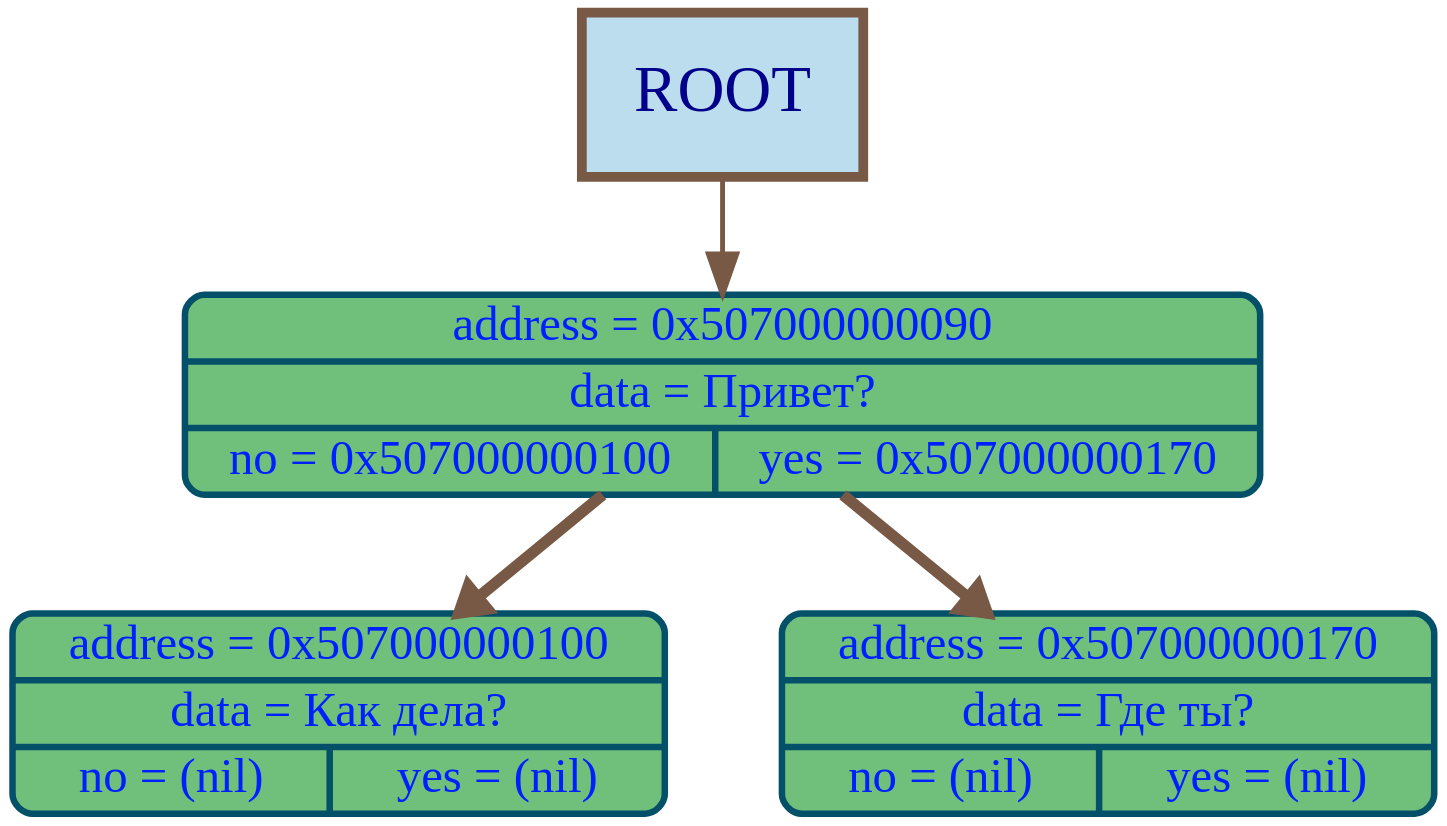
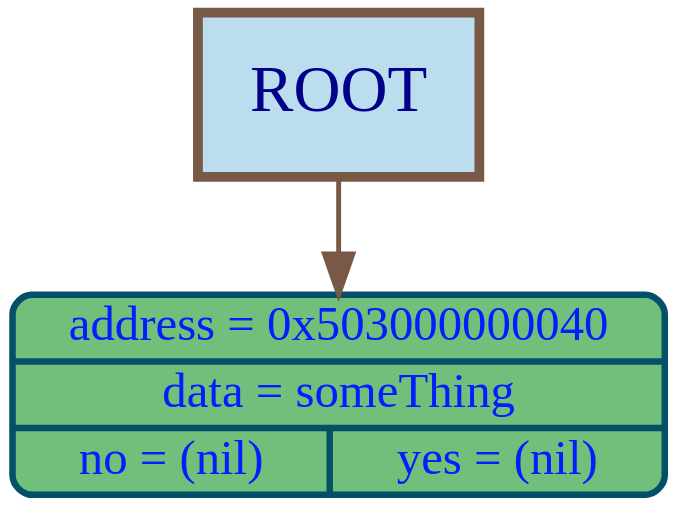
Before and after one commit to timoko3/akinator: the diagram in graphDumps/graphDump.dot, drawn with Graphviz. The commit also changed 15 other files, not shown here.

```diff
--- a/graphDumps/graphDump.dot
+++ b/graphDumps/graphDump.dot
@@ -1,14 +1,10 @@
 digraph G {
 bgcolor="transparent"
 nodesep = 1;
 ranksep = 1
 	node [shape=Mrecord, style="filled", fillcolor="#70c07cff", fontcolor="#001effff", color="#035068ff", penwidth=4, fontname="Menlo", fontsize=30];
 
-	node144 [label="{address = 0x507000000090 | data = Привет? | {no = 0x507000000100 | yes = 0x507000000170}} "];
-	node256 [label="{address = 0x507000000100 | data = Как дела? | {no = (nil) | yes = (nil)}} "];
-	node368 [label="{address = 0x507000000170 | data = Где ты? | {no = (nil) | yes = (nil)}} "];
-node144 ->node256 [color="#785946ff", arrowsize=1.5, penwidth=7, weight=1000];
-node144->node368 [color="#785946ff", arrowsize=1.5, penwidth=7, weight=1000];
+	node64 [label="{address = 0x503000000040 | data = someThing | {no = (nil) | yes = (nil)}} "];
 root_label [shape=box, width = 2.4, height = 1.4, label="ROOT", style="filled", fillcolor="#BBDDEE", color="#785946ff", penwidth = 6,  fontcolor="darkblue", fontsize = 40];
-root_label -> node144 [color="#785946ff"  , arrowsize=2.5, penwidth=3];
+root_label -> node64 [color="#785946ff"  , arrowsize=2.5, penwidth=3];
 }
```
